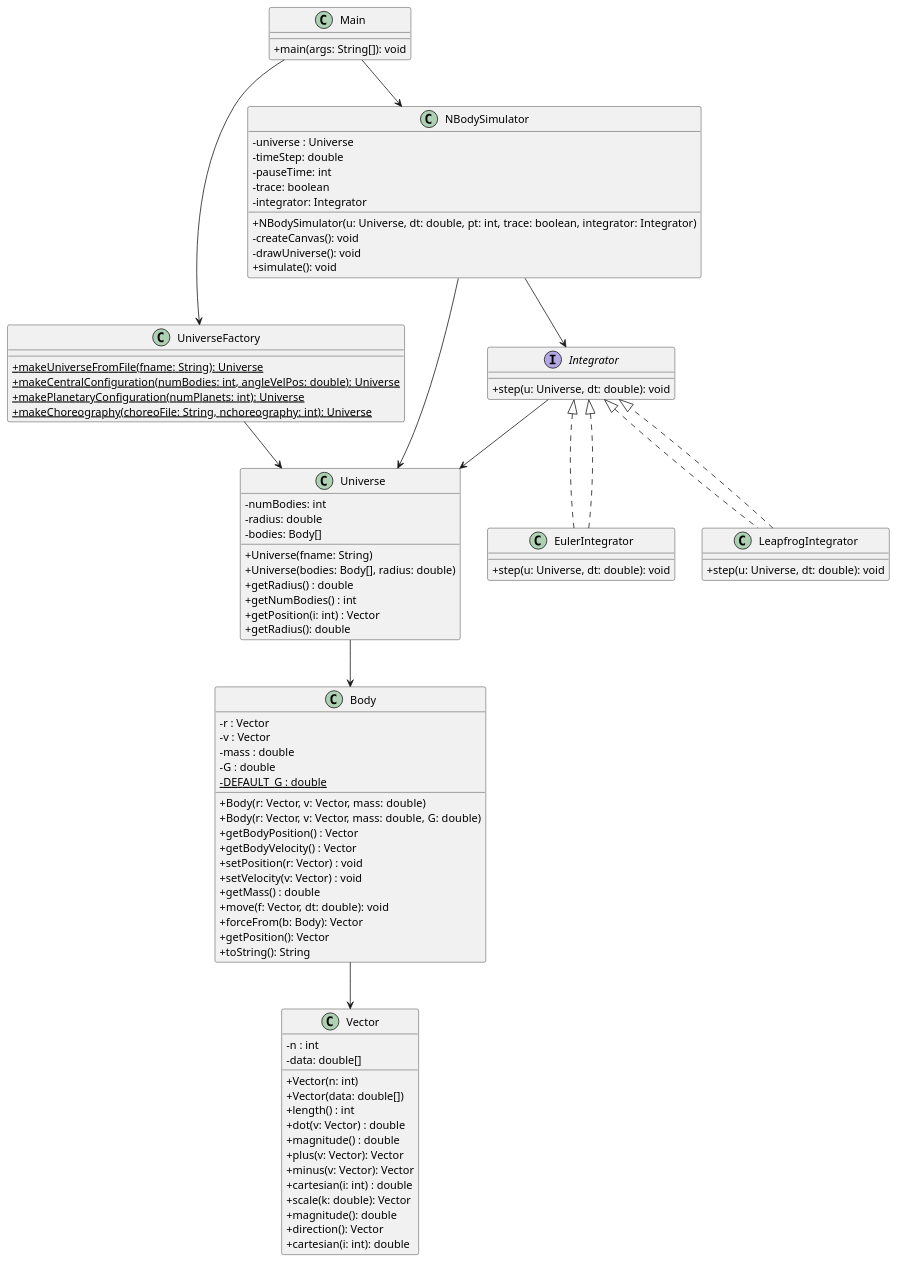
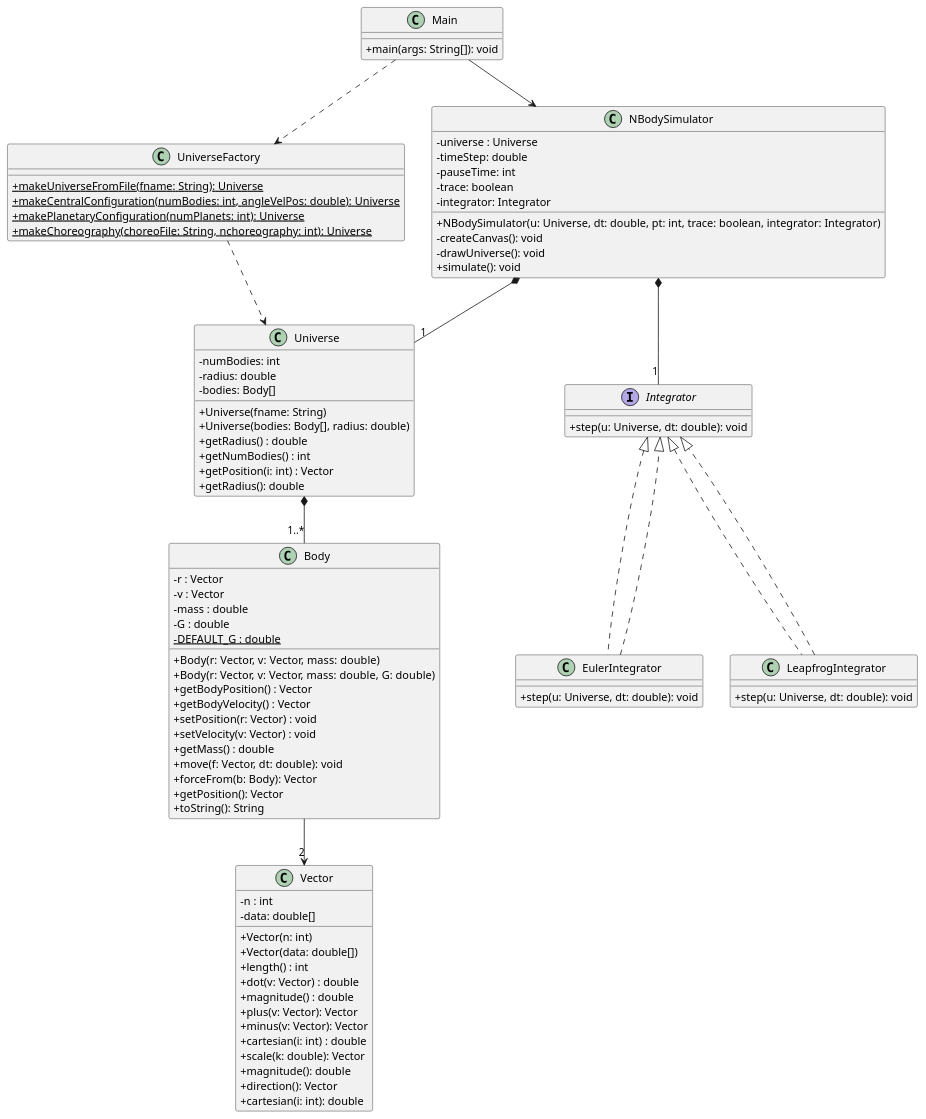
One commit to 1670166YoussefR/nbody_Entrega changed the diagram in src/Class.puml. Above: the diagram before and after it, drawn with PlantUML.

Commit message:
Cambios en las relaciones del PlantUML

```diff
--- a/src/Class.puml
+++ b/src/Class.puml
@@ -1,98 +1,97 @@
 @startuml
 skinparam classAttributeIconSize 0
 
 class Main {
   + main(args: String[]): void
 }
 
 class NBodySimulator {
   - universe : Universe
   - timeStep: double
   - pauseTime: int
   - trace: boolean
   - integrator: Integrator
   + NBodySimulator(u: Universe, dt: double, pt: int, trace: boolean, integrator: Integrator)
   - createCanvas(): void
   - drawUniverse(): void
   + simulate(): void
 }
 
 class Universe {
   - numBodies: int
   - radius: double
   - bodies: Body[]
   + Universe(fname: String)
   + Universe(bodies: Body[], radius: double)
   + getRadius() : double
   + getNumBodies() : int
   + getPosition(i: int) : Vector
   + getRadius(): double
 }
 
 class Body {
   - r : Vector
   - v : Vector
   - mass : double
   - G : double
   {static} - DEFAULT_G : double
   + Body(r: Vector, v: Vector, mass: double)
   + Body(r: Vector, v: Vector, mass: double, G: double)
   + getBodyPosition() : Vector
   + getBodyVelocity() : Vector
   + setPosition(r: Vector) : void
   + setVelocity(v: Vector) : void
   + getMass() : double
   + move(f: Vector, dt: double): void
   + forceFrom(b: Body): Vector
   + getPosition(): Vector
   + toString(): String
 }
 
 class Vector {
   - n : int
   - data: double[]
   + Vector(n: int)
   + Vector(data: double[])
   + length() : int
   + dot(v: Vector) : double
   + magnitude() : double
   + plus(v: Vector): Vector
   + minus(v: Vector): Vector
   + cartesian(i: int) : double
   + scale(k: double): Vector
   + magnitude(): double
   + direction(): Vector
   + cartesian(i: int): double
 }
 
 class UniverseFactory {
   {static} + makeUniverseFromFile(fname: String): Universe
   {static} + makeCentralConfiguration(numBodies: int, angleVelPos: double): Universe
   {static} + makePlanetaryConfiguration(numPlanets: int): Universe
   {static} + makeChoreography(choreoFile: String, nchoreography: int): Universe
 }
 
 interface Integrator {
   + step(u: Universe, dt: double): void
 }
 
 class EulerIntegrator implements Integrator {
   + step(u: Universe, dt: double): void
 }
 
 class LeapfrogIntegrator implements Integrator {
   + step(u: Universe, dt: double): void
 }
 
 ' Relaciones
+Main ..> UniverseFactory
 Main --> NBodySimulator
-Main --> UniverseFactory
-NBodySimulator --> Universe
-NBodySimulator --> Integrator
-UniverseFactory --> Universe
-Universe --> Body
-Integrator --> Universe
+UniverseFactory ..> Universe
+NBodySimulator *-- "1" Universe
+NBodySimulator *-- "1" Integrator
+Universe *-- "1..*" Body
+Body --> "2" Vector
 EulerIntegrator ..|> Integrator
 LeapfrogIntegrator ..|> Integrator
-Body --> Vector
 @enduml
```
